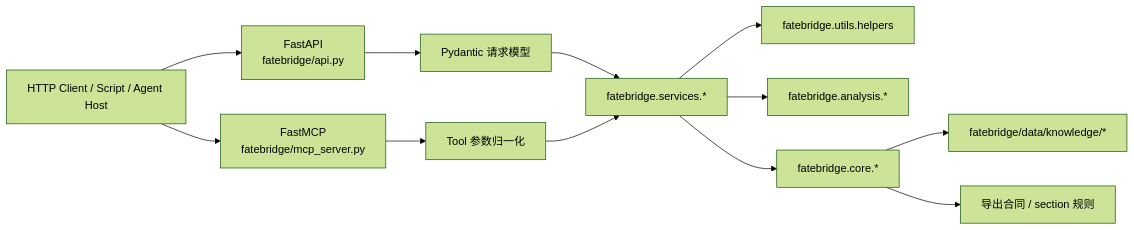
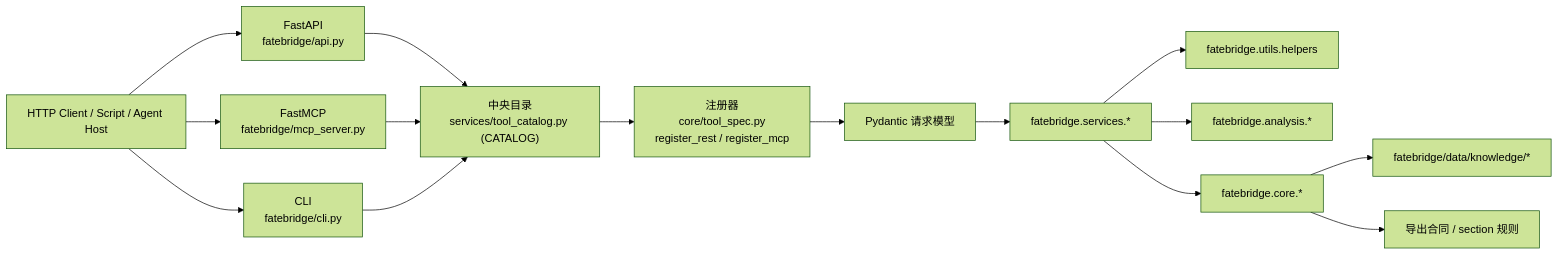
Before and after one commit to Yonder-Lab/FateBridge: the first of 3 diagrams in docs/ARCHITECTURE.md, drawn with Mermaid (forest theme). The commit also changed other lines of this file and 4 other files, not shown here.

````diff
--- a/docs/ARCHITECTURE.md
+++ b/docs/ARCHITECTURE.md
@@ -7,18 +7,22 @@
 ```mermaid
 flowchart LR
     Client["HTTP Client / Script / Agent Host"] --> REST["FastAPI<br/>fatebridge/api.py"]
     Client --> MCP["FastMCP<br/>fatebridge/mcp_server.py"]
+    Client --> CLI["CLI<br/>fatebridge/cli.py"]
 
-    REST --> Models["Pydantic 请求模型"]
-    MCP --> Args["Tool 参数归一化"]
+    REST --> Catalog["中央目录<br/>services/tool_catalog.py (CATALOG)"]
+    MCP --> Catalog
+    CLI --> Catalog
+
+    Catalog --> Reg["注册器<br/>core/tool_spec.py<br/>register_rest / register_mcp"]
+    Reg --> Models["Pydantic 请求模型"]
 
     Models --> Services["fatebridge.services.*"]
-    Args --> Services
 
     Services --> Helpers["fatebridge.utils.helpers"]
     Services --> Analysis["fatebridge.analysis.*"]
     Services --> Core["fatebridge.core.*"]
 
     Core --> Bundles["fatebridge/data/knowledge/*"]
     Core --> Contracts["导出合同 / section 规则"]
 ```
````
